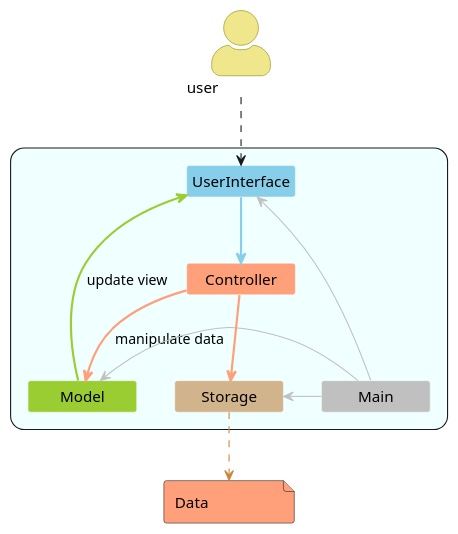
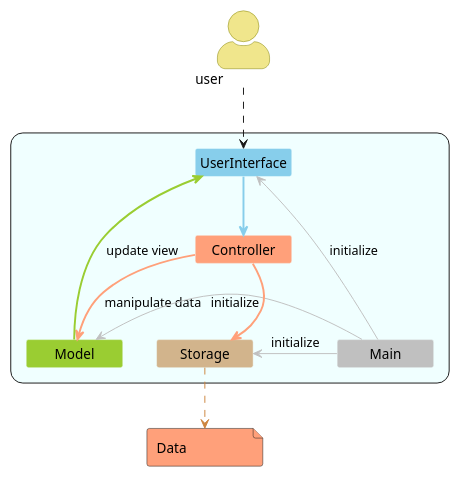
The diagram in docs/plantuml/ArchitectureDiagram.puml (untitle4/tp), drawn with PlantUML before and after one commit. The commit also changed 9 other files, not shown here.

Commit message:
Update uml diagrams for dg

```diff
--- a/docs/plantuml/ArchitectureDiagram.puml
+++ b/docs/plantuml/ArchitectureDiagram.puml
@@ -1,48 +1,48 @@
 @startuml
 allowmixing
 skinparam actorStyle awesome
 skinparam rectangle {
     roundCorner 25
 }
 skinparam MinClassWidth 100
 hide circle
 hide members
 scale 450 width
 skinparam Class {
     BorderColor Azure
 }
 skinparam Shadowing false
 skinparam Actor {
     BorderColor Olive
     BackgroundColor Khaki
 }
 
 actor user
 
 rectangle #Azure {
     class UserInterface #SkyBlue {
     }
     class Model #YellowGreen {
     }
     class Controller #LightSalmon {
     }
     class Main #Silver {
     }
     class Storage #Tan {
     }
 }
 
 package Data <<File>> #LightSalmon {
 }
 
 user ..down> UserInterface
 UserInterface -down[bold,#SkyBlue]-> Controller
 Controller -[Bold,#LightSalmon]-> Model : manipulate data
 Model --[bold,#YellowGreen]> UserInterface : update view
-UserInterface <-[#Silver] Main
-Main -up[#Silver]> Model
-Main -right[#Silver]> Storage
+UserInterface <-[#Silver] Main : initialize
+Main -up[#Silver]> Model : initialize
+Main -right[#Silver]> Storage : initialize
 Storage ..[#Peru]> Data
 Controller -[bold,#LightSalmon]> Storage
 
 @enduml
```
